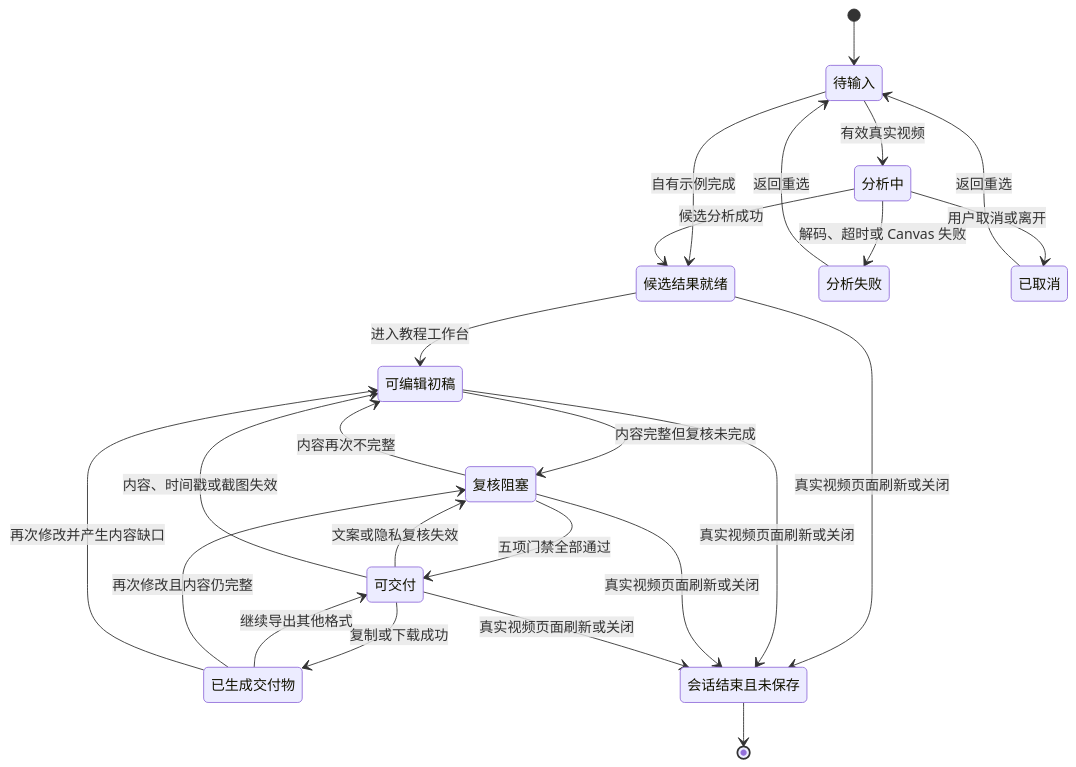
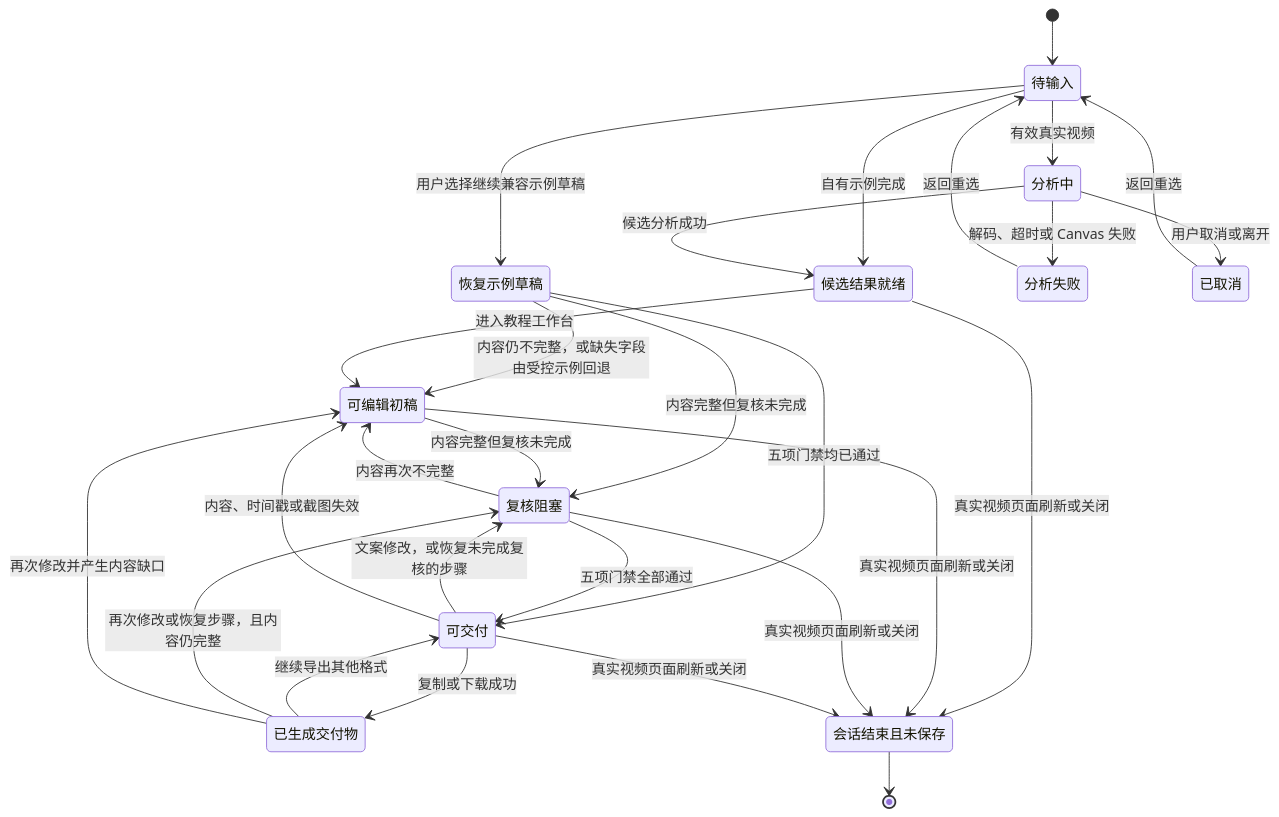
The second of 5 diagrams in docs/uml/03-web-state-machines.md (AnnCYW-cm/recnote), drawn with Mermaid before and after one commit. The commit also changed other lines of this file and 12 other files, not shown here.

Commit message:
docs: 修正产品 UML 决策闭环

````diff
--- a/docs/uml/03-web-state-machines.md
+++ b/docs/uml/03-web-state-machines.md
@@ -43,37 +43,42 @@
 ```mermaid
 stateDiagram-v2
   state "待输入" as New
   state "分析中" as Analyzing
   state "候选结果就绪" as CandidateReady
+  state "恢复示例草稿" as Restoring
   state "可编辑初稿" as Editing
   state "复核阻塞" as ReviewBlocked
   state "可交付" as Ready
   state "已生成交付物" as Exported
   state "分析失败" as Failed
   state "已取消" as Cancelled
   state "会话结束且未保存" as Expired
 
   [*] --> New
   New --> Analyzing : 有效真实视频
   New --> CandidateReady : 自有示例完成
+  New --> Restoring : 用户选择继续兼容示例草稿
+  Restoring --> Editing : 内容仍不完整，或缺失字段由受控示例回退
+  Restoring --> ReviewBlocked : 内容完整但复核未完成
+  Restoring --> Ready : 五项门禁均已通过
   Analyzing --> CandidateReady : 候选分析成功
   Analyzing --> Failed : 解码、超时或 Canvas 失败
   Analyzing --> Cancelled : 用户取消或离开
   Failed --> New : 返回重选
   Cancelled --> New : 返回重选
   CandidateReady --> Editing : 进入教程工作台
   Editing --> ReviewBlocked : 内容完整但复核未完成
   ReviewBlocked --> Editing : 内容再次不完整
   ReviewBlocked --> Ready : 五项门禁全部通过
-  Ready --> ReviewBlocked : 文案或隐私复核失效
+  Ready --> ReviewBlocked : 文案修改，或恢复未完成复核的步骤
   Ready --> Editing : 内容、时间戳或截图失效
   Ready --> Exported : 复制或下载成功
   Exported --> Ready : 继续导出其他格式
-  Exported --> ReviewBlocked : 再次修改且内容仍完整
+  Exported --> ReviewBlocked : 再次修改或恢复步骤，且内容仍完整
   Exported --> Editing : 再次修改并产生内容缺口
   CandidateReady --> Expired : 真实视频页面刷新或关闭
   Editing --> Expired : 真实视频页面刷新或关闭
   ReviewBlocked --> Expired : 真实视频页面刷新或关闭
   Ready --> Expired : 真实视频页面刷新或关闭
   Expired --> [*]
 ```
````
